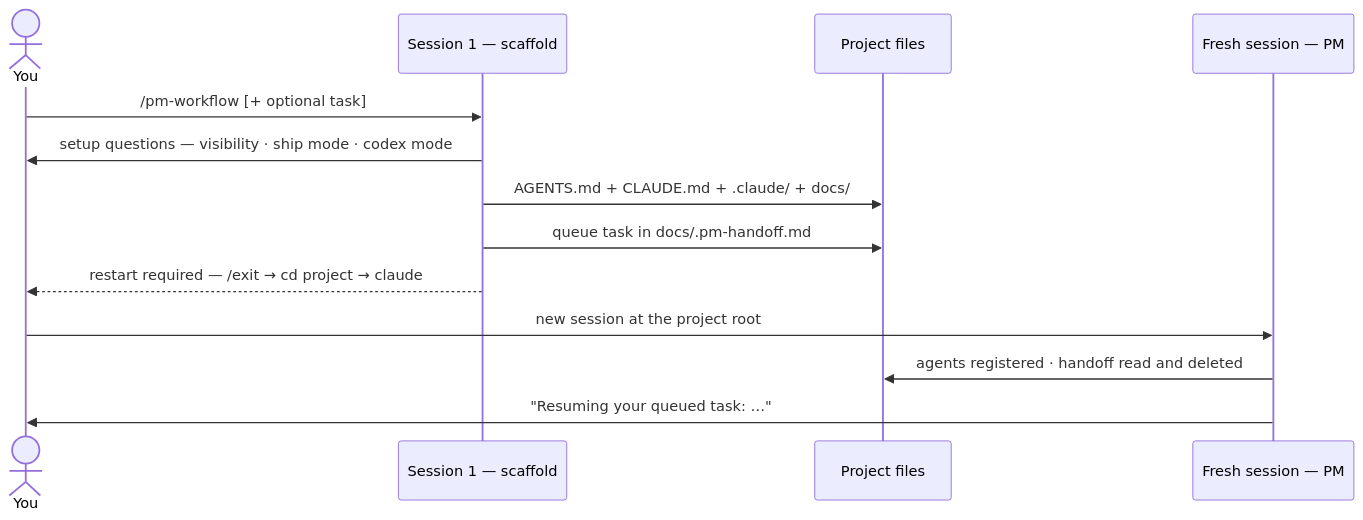
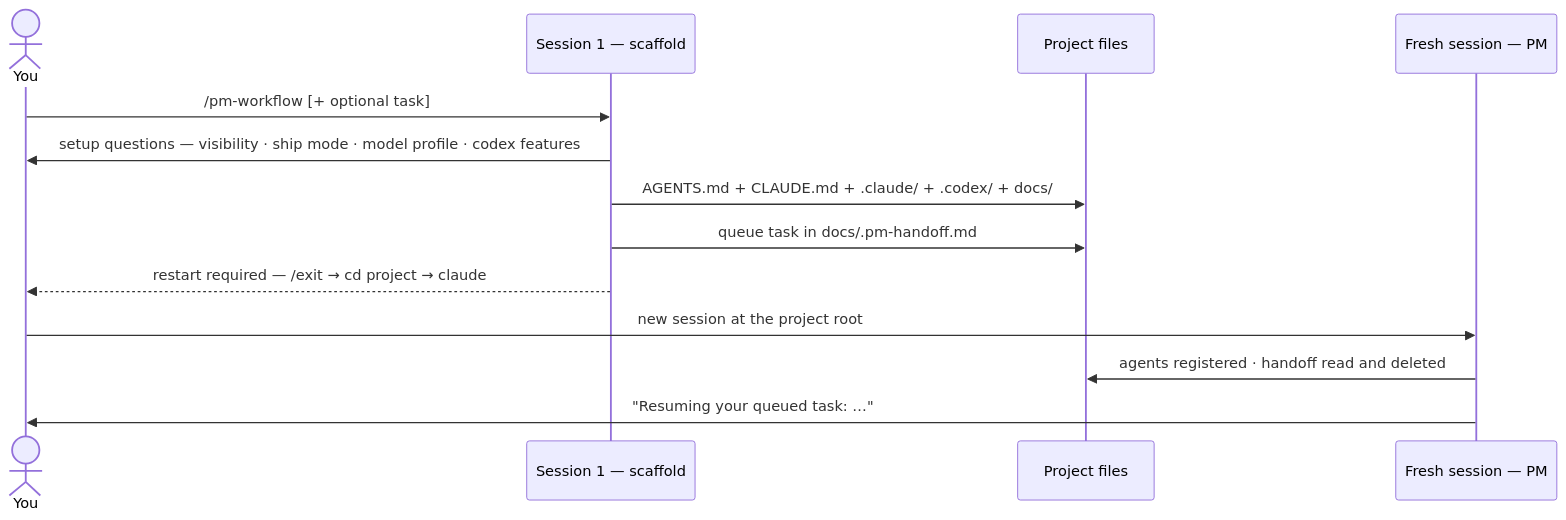
The second of 3 diagrams in README.md (AlaskanTuna/pm-workflow), drawn with Mermaid before and after one commit. The commit also changed other lines of this file and 12 other files, not shown here.

First line of the commit message:
feat!: v2.0.0 — harness-aware orchestration, native Codex subagents, unified model profiles (#10)

````diff
--- a/README.md
+++ b/README.md
@@ -200,15 +202,15 @@
 ```mermaid
 sequenceDiagram
     actor H as You
     participant S1 as Session 1 — scaffold
     participant P as Project files
     participant S2 as Fresh session — PM
     H->>S1: /pm-workflow [+ optional task]
-    S1->>H: setup questions — visibility · ship mode · codex mode
-    S1->>P: AGENTS.md + CLAUDE.md + .claude/ + docs/
+    S1->>H: setup questions — visibility · ship mode · model profile · codex features
+    S1->>P: AGENTS.md + CLAUDE.md + .claude/ + .codex/ + docs/
     S1->>P: queue task in docs/.pm-handoff.md
     S1-->>H: restart required — /exit → cd project → claude
     H->>S2: new session at the project root
     S2->>P: agents registered · handoff read and deleted
     S2->>H: "Resuming your queued task: …"
 ```
````
